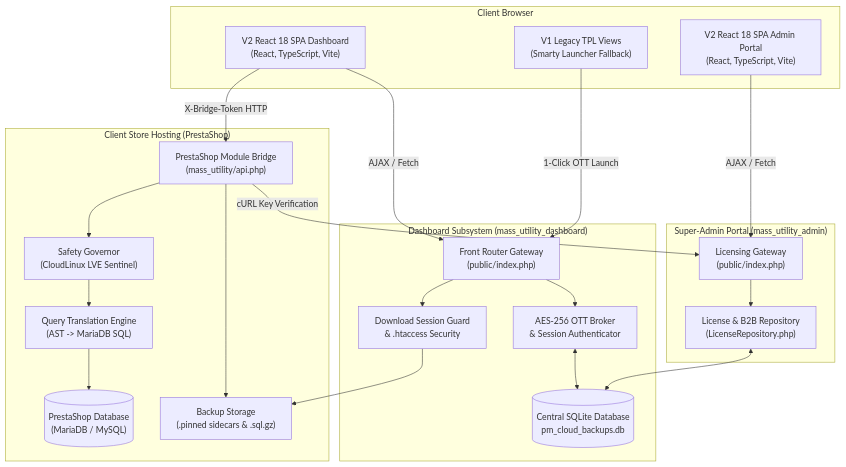
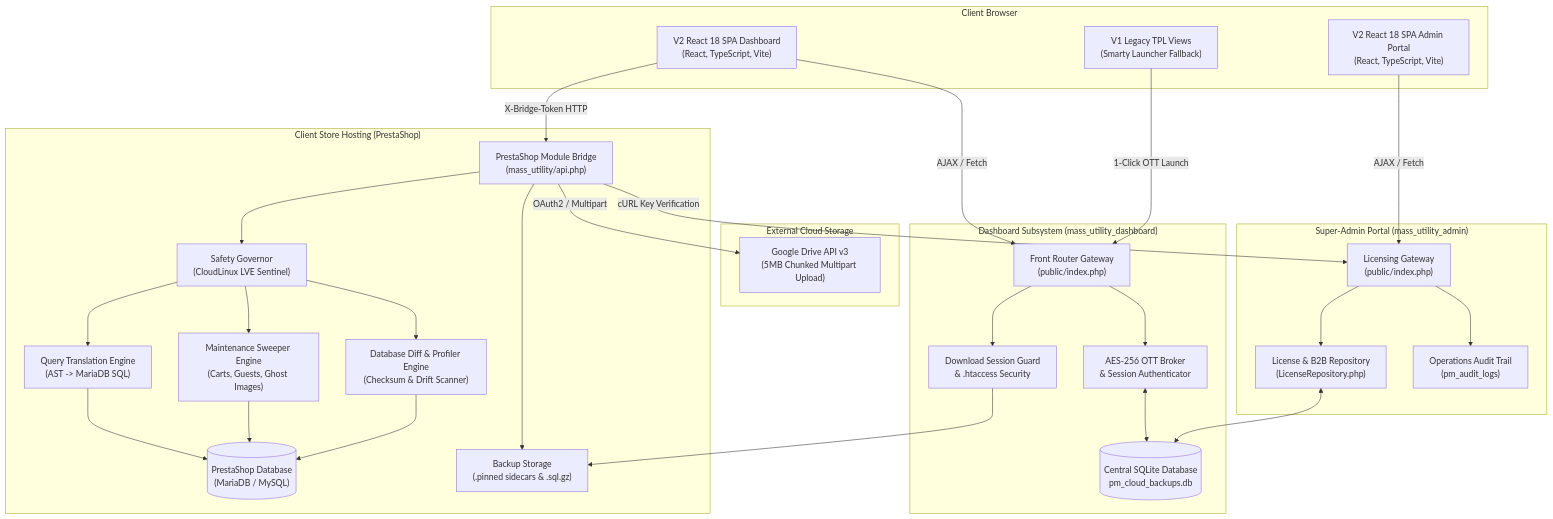
One commit to calin-m/Mass-Utility changed the first of 6 diagrams in README.md. Above: the diagram before and after it, drawn with Mermaid. The commit also changed other lines of this file and 4 other files, not shown here.

````diff
--- a/README.md
+++ b/README.md
@@ -20,46 +20,60 @@
 ```mermaid
 graph TD
     subgraph Browser ["Client Browser"]
         V2DashboardReact["V2 React 18 SPA Dashboard<br/>(React, TypeScript, Vite)"]
         V2AdminReact["V2 React 18 SPA Admin Portal<br/>(React, TypeScript, Vite)"]
         V1Smarty["V1 Legacy TPL Views<br/>(Smarty Launcher Fallback)"]
     end
 
     subgraph DashboardServer ["Dashboard Subsystem (mass_utility_dashboard)"]
         FrontRouter["Front Router Gateway<br/>(public/index.php)"]
         OTTBroker["AES-256 OTT Broker<br/>& Session Authenticator"]
         SQLiteDB[("Central SQLite Database<br/>pm_cloud_backups.db")]
         DownloadGuard["Download Session Guard<br/>& .htaccess Security"]
     end
 
     subgraph ClientHosting ["Client Store Hosting (PrestaShop)"]
         BridgeAPI["PrestaShop Module Bridge<br/>(mass_utility/api.php)"]
         SafetyGovernor["Safety Governor<br/>(CloudLinux LVE Sentinel)"]
         ASTCompiler["Query Translation Engine<br/>(AST -> MariaDB SQL)"]
+        SweeperEngine["Maintenance Sweeper Engine<br/>(Carts, Guests, Ghost Images)"]
+        DiffEngine["Database Diff & Profiler Engine<br/>(Checksum & Drift Scanner)"]
         MariaDB[("PrestaShop Database<br/>(MariaDB / MySQL)")]
         SidecarStorage["Backup Storage<br/>(.pinned sidecars & .sql.gz)"]
+    end
+
+    subgraph ExternalCloud ["External Cloud Storage"]
+        GDriveAPI["Google Drive API v3<br/>(5MB Chunked Multipart Upload)"]
     end
 
     subgraph LicensingServer ["Super-Admin Portal (mass_utility_admin)"]
         LicenseAdmin["Licensing Gateway<br/>(public/index.php)"]
         LicenseRepo["License & B2B Repository<br/>(LicenseRepository.php)"]
+        AuditTrail["Operations Audit Trail<br/>(pm_audit_logs)"]
     end
 
     V2DashboardReact -->|AJAX / Fetch| FrontRouter
     V2AdminReact -->|AJAX / Fetch| LicenseAdmin
     V1Smarty -->|1-Click OTT Launch| FrontRouter
     FrontRouter --> OTTBroker
     OTTBroker <--> SQLiteDB
     FrontRouter --> DownloadGuard
     DownloadGuard --> SidecarStorage
 
     V2DashboardReact -->|X-Bridge-Token HTTP| BridgeAPI
     BridgeAPI --> SafetyGovernor
     SafetyGovernor --> ASTCompiler
+    SafetyGovernor --> SweeperEngine
+    SafetyGovernor --> DiffEngine
     ASTCompiler --> MariaDB
+    SweeperEngine --> MariaDB
+    DiffEngine --> MariaDB
     BridgeAPI --> SidecarStorage
+
+    BridgeAPI -->|OAuth2 / Multipart| GDriveAPI
 
     BridgeAPI -->|cURL Key Verification| LicenseAdmin
     LicenseAdmin --> LicenseRepo
+    LicenseAdmin --> AuditTrail
     LicenseRepo <--> SQLiteDB
 ```
````
